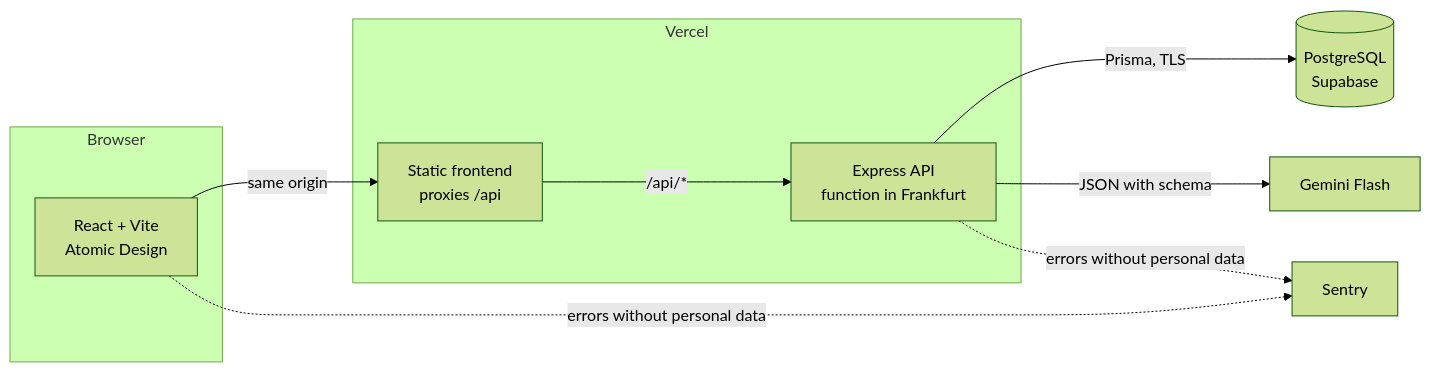
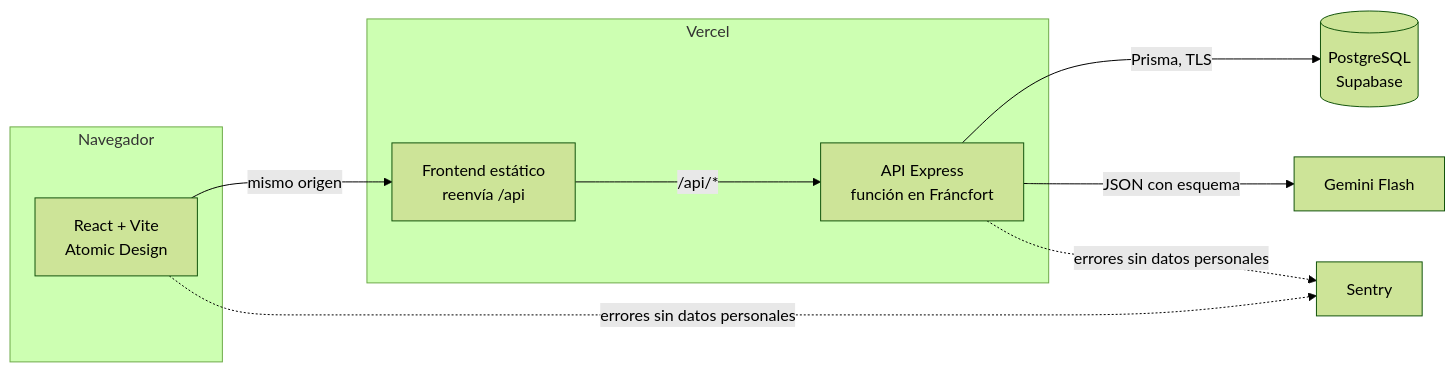
Before and after one commit to JuanjoOrtiz/DevPilotIA: the first of 2 diagrams in README.md, drawn with Mermaid (forest theme). The commit also changed other lines of this file and 40 other files, not shown here.

````diff
--- a/README.md
+++ b/README.md
@@ -44,16 +40,16 @@
 ```mermaid
 flowchart LR
-  subgraph Browser
+  subgraph Navegador
     W[React + Vite<br/>Atomic Design]
   end
   subgraph Vercel
-    R[Static frontend<br/>proxies /api]
-    A[Express API<br/>function in Frankfurt]
+    R[Frontend estático<br/>reenvía /api]
+    A[API Express<br/>función en Fráncfort]
   end
-  W -- same origin --> R
+  W -- mismo origen --> R
   R -- /api/* --> A
   A -- Prisma, TLS --> D[(PostgreSQL<br/>Supabase)]
-  A -- JSON with schema --> G[Gemini Flash]
-  A -. errors without personal data .-> S[Sentry]
-  W -. errors without personal data .-> S
+  A -- JSON con esquema --> G[Gemini Flash]
+  A -. errores sin datos personales .-> S[Sentry]
+  W -. errores sin datos personales .-> S
 ```
````
